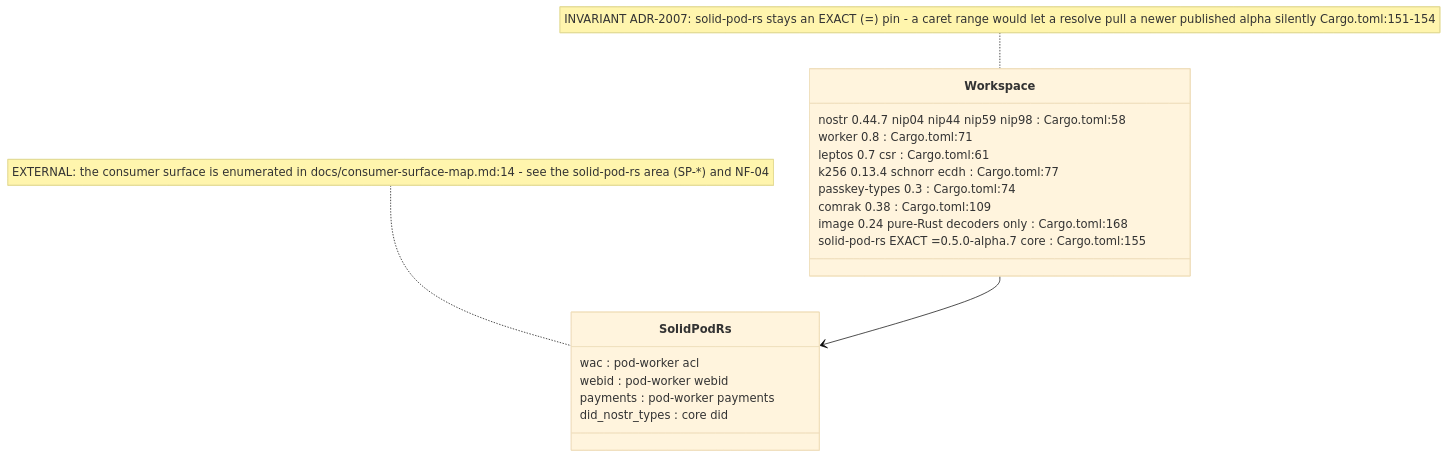
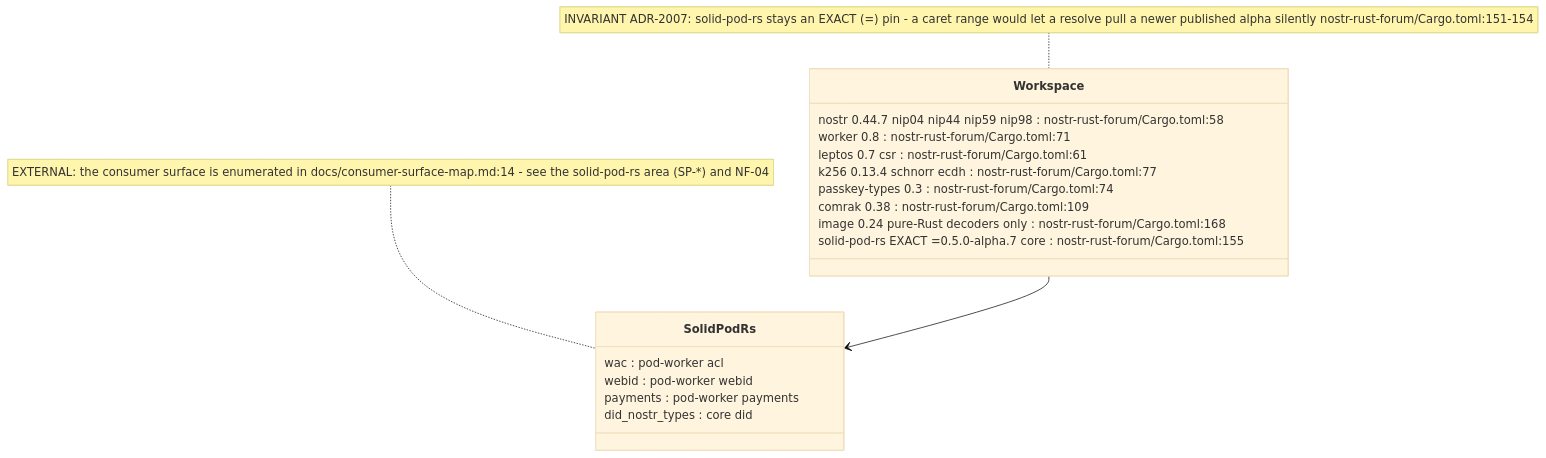
The fourth of 6 diagrams in docs/diagrams/nostr-rust-forum/01-workspace-and-worker-topology.md (DreamLab-AI/VisionFlow), drawn with Mermaid (base theme) before and after one commit. The commit also changed other lines of this file and 185 other files, not shown here.

Commit message:
docs(estate): reconcile diagrams and ADRs with source and define closeout sprint

````diff
--- a/docs/diagrams/nostr-rust-forum/01-workspace-and-worker-topology.md
+++ b/docs/diagrams/nostr-rust-forum/01-workspace-and-worker-topology.md
@@ -122,23 +125,23 @@
 ```mermaid
 classDiagram
     class Workspace {
-        nostr 0.44.7 nip04 nip44 nip59 nip98 : Cargo.toml:58
-        worker 0.8 : Cargo.toml:71
-        leptos 0.7 csr : Cargo.toml:61
-        k256 0.13.4 schnorr ecdh : Cargo.toml:77
-        passkey-types 0.3 : Cargo.toml:74
-        comrak 0.38 : Cargo.toml:109
-        image 0.24 pure-Rust decoders only : Cargo.toml:168
-        solid-pod-rs EXACT =0.5.0-alpha.7 core : Cargo.toml:155
+        nostr 0.44.7 nip04 nip44 nip59 nip98 : nostr-rust-forum/Cargo.toml:58
+        worker 0.8 : nostr-rust-forum/Cargo.toml:71
+        leptos 0.7 csr : nostr-rust-forum/Cargo.toml:61
+        k256 0.13.4 schnorr ecdh : nostr-rust-forum/Cargo.toml:77
+        passkey-types 0.3 : nostr-rust-forum/Cargo.toml:74
+        comrak 0.38 : nostr-rust-forum/Cargo.toml:109
+        image 0.24 pure-Rust decoders only : nostr-rust-forum/Cargo.toml:168
+        solid-pod-rs EXACT =0.5.0-alpha.7 core : nostr-rust-forum/Cargo.toml:155
     }
     class SolidPodRs {
         wac : pod-worker acl
         webid : pod-worker webid
         payments : pod-worker payments
         did_nostr_types : core did
     }
     Workspace --> SolidPodRs
 
-    note for Workspace "INVARIANT ADR-2007: solid-pod-rs stays an EXACT (=) pin - a caret range would let a resolve pull a newer published alpha silently Cargo.toml:151-154"
+    note for Workspace "INVARIANT ADR-2007: solid-pod-rs stays an EXACT (=) pin - a caret range would let a resolve pull a newer published alpha silently nostr-rust-forum/Cargo.toml:151-154"
     note for SolidPodRs "EXTERNAL: the consumer surface is enumerated in docs/consumer-surface-map.md:14 - see the solid-pod-rs area (SP-*) and NF-04"
 ```
````
